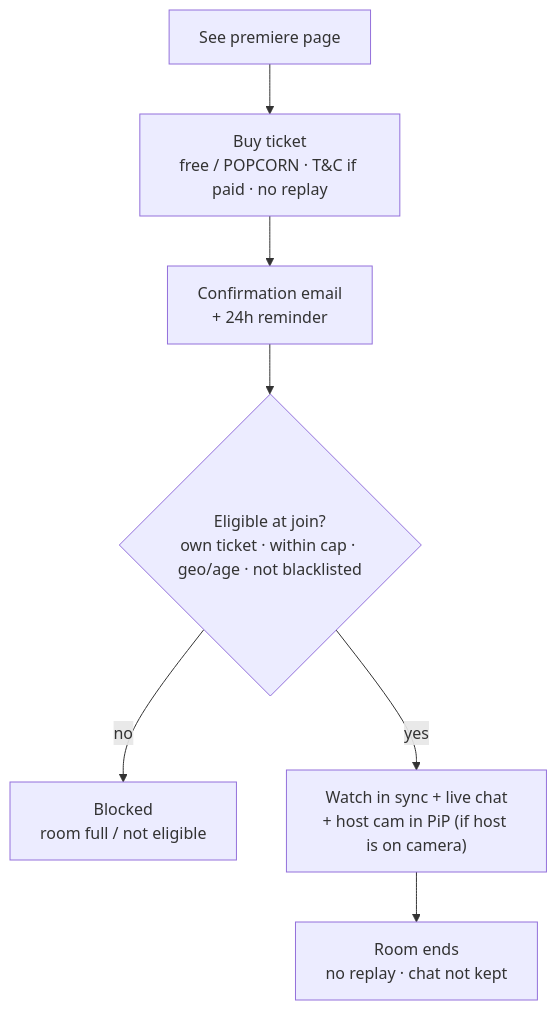
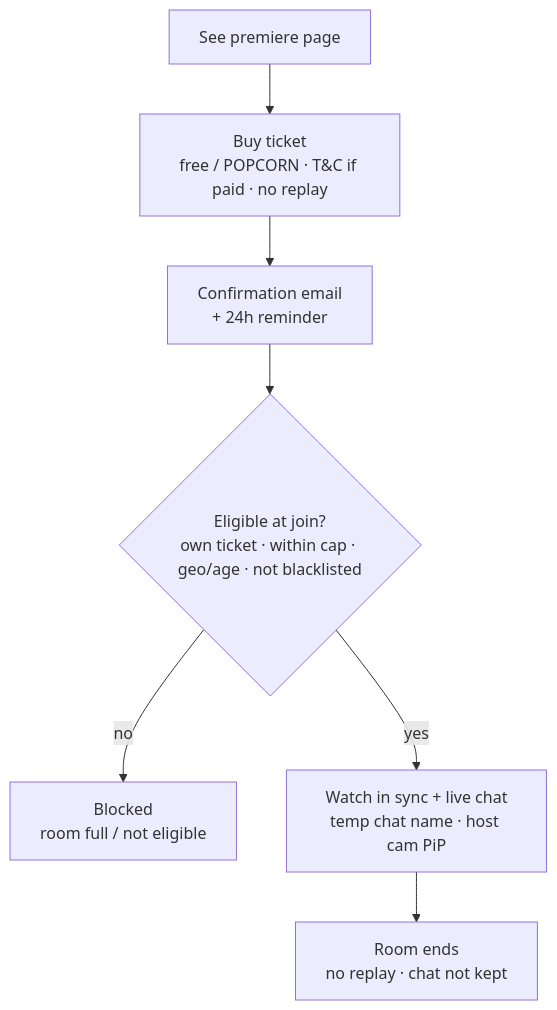
Before and after one commit to ztor20/Features: the third of 3 diagrams in draft/watch-party/prototype/_docs/BRD/watch-party/Summary.md, drawn with Mermaid. The commit also changed other lines of this file and 6 other files, not shown here.

First line of the commit message:
watch-party (draft): sync temporary chat name (privacy) — 3db0d90

````diff
--- a/draft/watch-party/prototype/_docs/BRD/watch-party/Summary.md
+++ b/draft/watch-party/prototype/_docs/BRD/watch-party/Summary.md
@@ -55,9 +55,9 @@
 ```mermaid
 flowchart TD
   A["See premiere page"] --> B["Buy ticket<br/>free / POPCORN · T&C if paid · no replay"]
   B --> C["Confirmation email<br/>+ 24h reminder"]
   C --> D{"Eligible at join?<br/>own ticket · within cap · geo/age · not blacklisted"}
   D -- no --> X["Blocked<br/>room full / not eligible"]
-  D -- yes --> E["Watch in sync + live chat<br/>+ host cam in PiP (if host is on camera)"]
+  D -- yes --> E["Watch in sync + live chat<br/>temp chat name · host cam PiP"]
   E --> F["Room ends<br/>no replay · chat not kept"]
 ```
````
